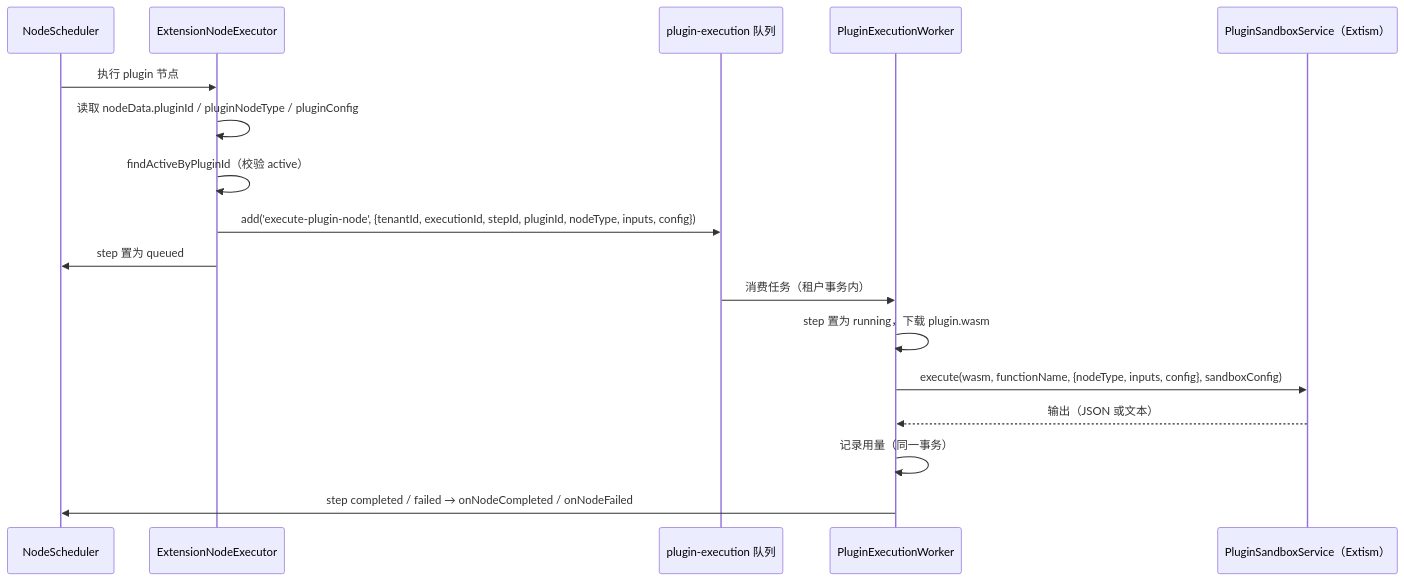
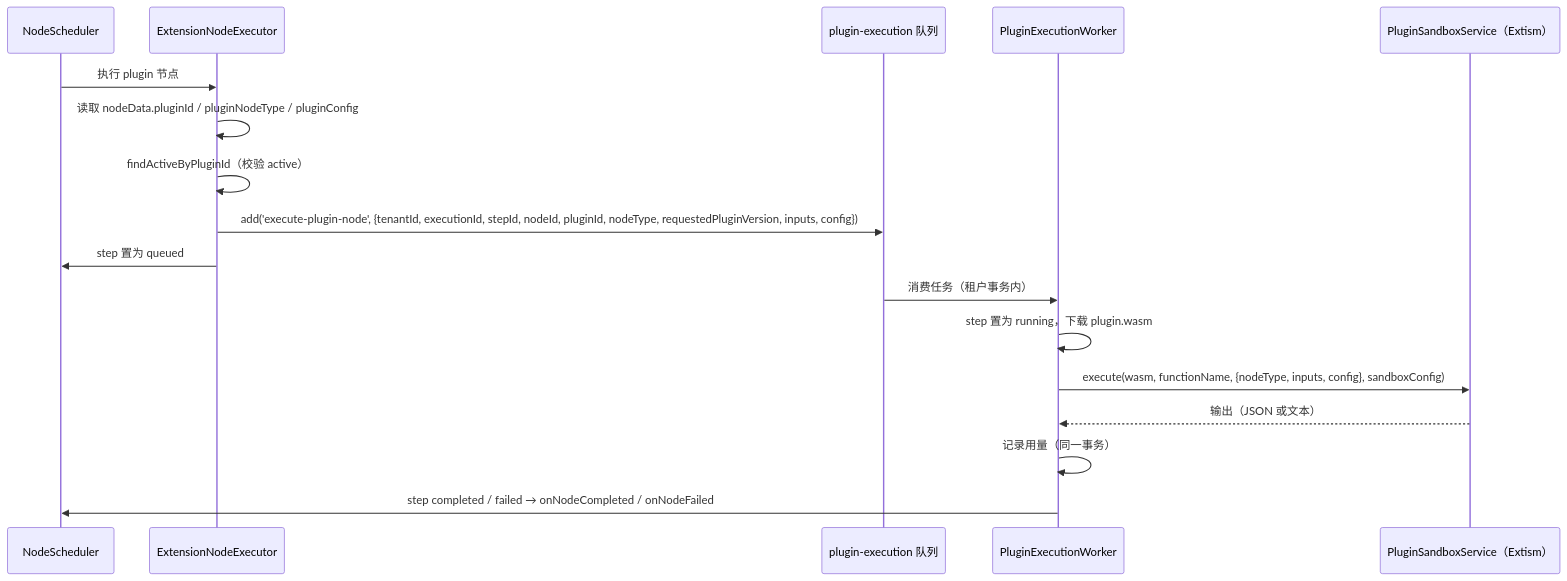
The second of 2 diagrams in agentloom-docs/dev/server/plugins.md (Lynricsy/AgentLoom), drawn with Mermaid before and after one commit. The commit also changed other lines of this file and 32 other files, not shown here.

````diff
--- a/agentloom-docs/dev/server/plugins.md
+++ b/agentloom-docs/dev/server/plugins.md
@@ -53,20 +60,20 @@
 ```mermaid
 sequenceDiagram
     participant S as NodeScheduler
     participant E as ExtensionNodeExecutor
     participant Q as plugin-execution 队列
     participant W as PluginExecutionWorker
     participant X as PluginSandboxService（Extism）
 
     S->>E: 执行 plugin 节点
     E->>E: 读取 nodeData.pluginId / pluginNodeType / pluginConfig
     E->>E: findActiveByPluginId（校验 active）
-    E->>Q: add('execute-plugin-node', {tenantId, executionId, stepId, pluginId, nodeType, inputs, config})
+    E->>Q: add('execute-plugin-node', {tenantId, executionId, stepId, nodeId, pluginId, nodeType, requestedPluginVersion, inputs, config})
     E->>S: step 置为 queued
     Q->>W: 消费任务（租户事务内）
     W->>W: step 置为 running，下载 plugin.wasm
     W->>X: execute(wasm, functionName, {nodeType, inputs, config}, sandboxConfig)
     X-->>W: 输出（JSON 或文本）
     W->>W: 记录用量（同一事务）
     W->>S: step completed / failed → onNodeCompleted / onNodeFailed
 ```
````
